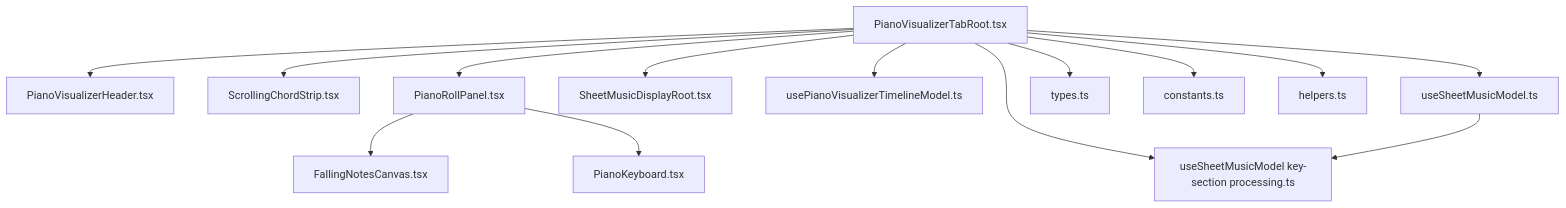
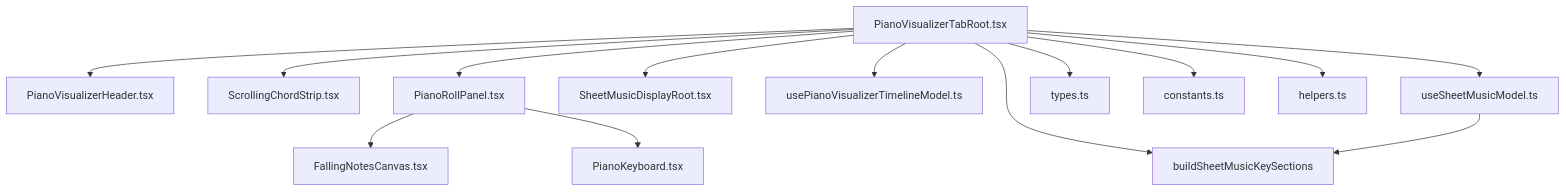
Before and after one commit to ptnghia-j/ChordMiniApp: the first of 4 diagrams in .qoder/repowiki/en/content/Frontend Application/Component Library and UI System/Piano Visualizer Components.md, drawn with Mermaid. The commit also changed other lines of this file and 9 other files, not shown here.

````diff
--- a/.qoder/repowiki/en/content/Frontend Application/Component Library and UI System/Piano Visualizer Components.md
+++ b/.qoder/repowiki/en/content/Frontend Application/Component Library and UI System/Piano Visualizer Components.md
@@ -53,16 +54,16 @@
 ```mermaid
 graph TB
 PVTab["PianoVisualizerTabRoot.tsx"] --> Header["PianoVisualizerHeader.tsx"]
 PVTab --> Strip["ScrollingChordStrip.tsx"]
 PVTab --> Panel["PianoRollPanel.tsx"]
 Panel --> Canvas["FallingNotesCanvas.tsx"]
 Panel --> Keyboard["PianoKeyboard.tsx"]
 PVTab --> Sheet["SheetMusicDisplayRoot.tsx"]
 PVTab --> TimelineModel["usePianoVisualizerTimelineModel.ts"]
 PVTab --> SheetModel["useSheetMusicModel.ts"]
-PVTab --> KeySectionsUtil["useSheetMusicModel key-section processing.ts"]
+PVTab --> KeySectionsUtil["buildSheetMusicKeySections"]
 PVTab --> Types["types.ts"]
 PVTab --> Consts["constants.ts"]
 PVTab --> Helpers["helpers.ts"]
 SheetModel --> KeySectionsUtil
 ```
````
